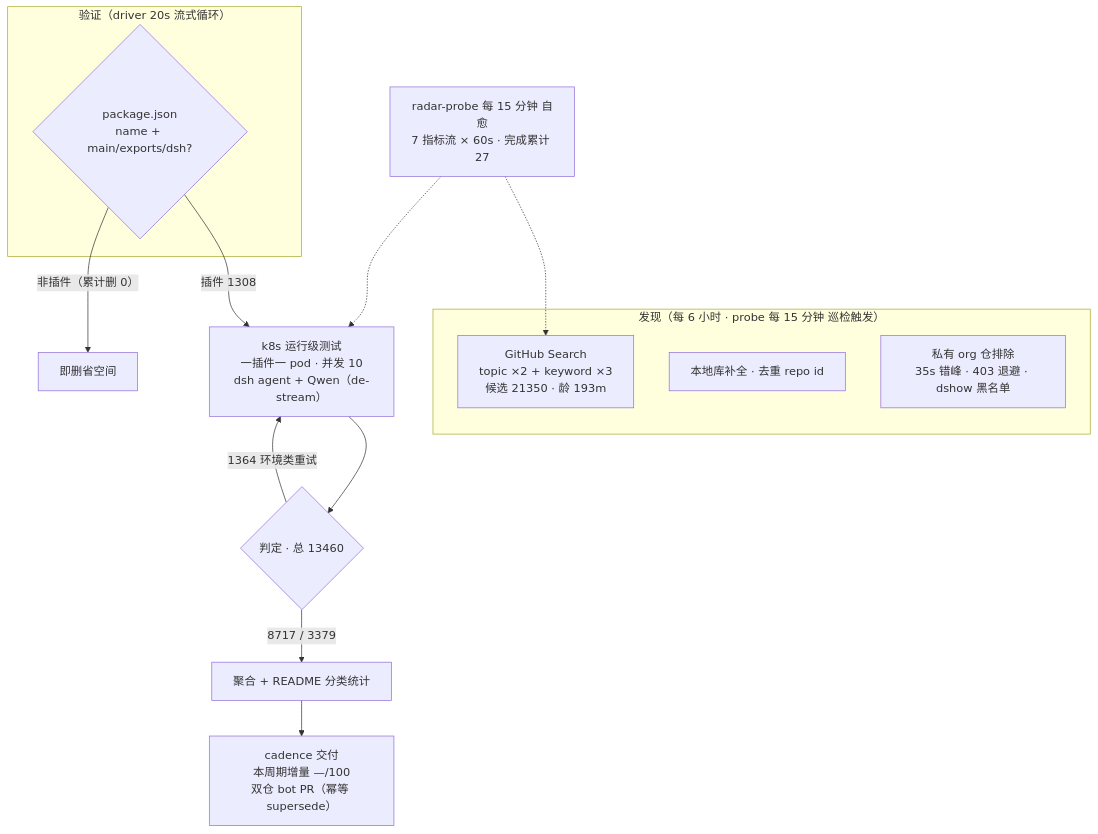
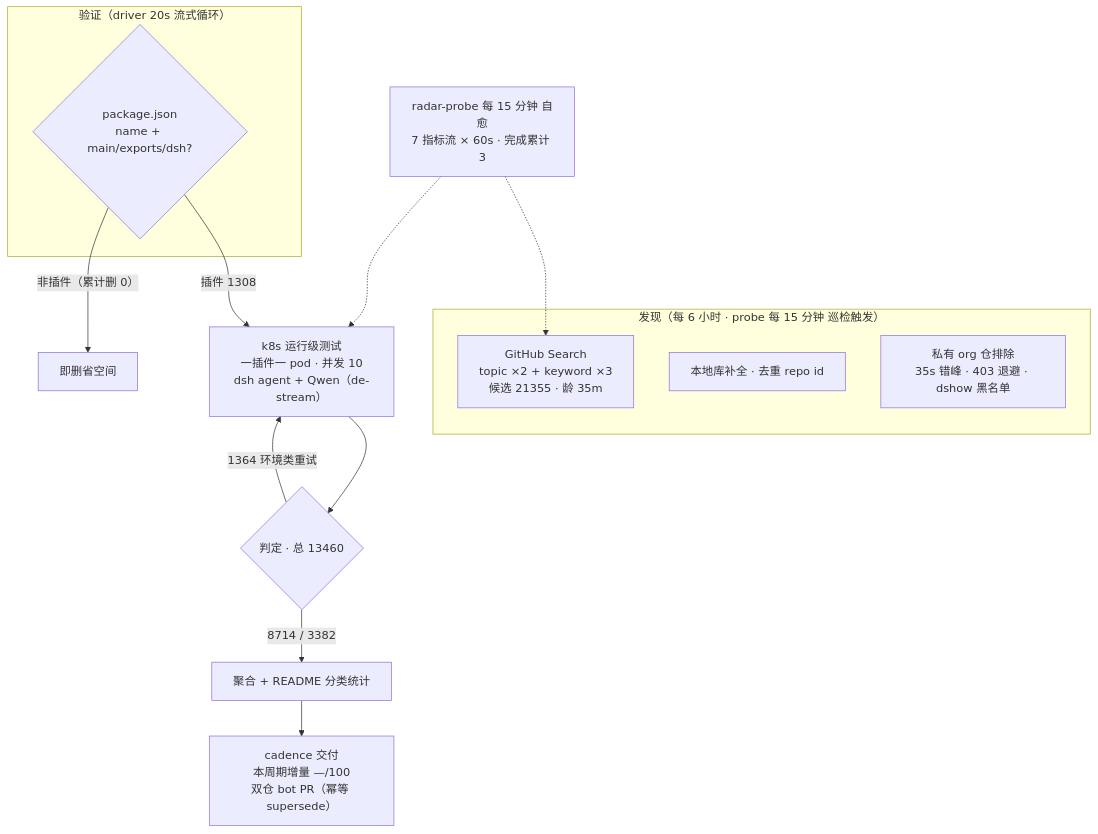
The diagram in README.md (1420079678-ctrl/dsh-plugin-radar), drawn with Mermaid before and after one commit. The commit also changed other lines of this file and 14 other files, not shown here.

````diff
--- a/README.md
+++ b/README.md
@@ -52,20 +52,20 @@
 ```mermaid
 flowchart TB
     subgraph Discovery["发现（每 6 小时 · probe 每 15 分钟 巡检触发）"]
-        A1["GitHub Search<br/>topic ×2 + keyword ×3<br/>候选 21350 · 龄 193m"]
+        A1["GitHub Search<br/>topic ×2 + keyword ×3<br/>候选 21355 · 龄 35m"]
         A2["本地库补全 · 去重 repo id"]
         A3["私有 org 仓排除<br/>35s 错峰 · 403 退避 · dshow 黑名单"]
     end
     subgraph Validation["验证（driver 20s 流式循环）"]
         B1{"package.json<br/>name + main/exports/dsh?"}
     end
     B1 -->|"插件 1308"| C1["k8s 运行级测试<br/>一插件一 pod · 并发 10<br/>dsh agent + Qwen（de-stream）"]
     B1 -->|"非插件（累计删 0）"| B3["即删省空间"]
     C1 --> D1{"判定 · 总 13460"}
-    D1 -->|"8717 / 3379"| E1["聚合 + README 分类统计"]
+    D1 -->|"8714 / 3382"| E1["聚合 + README 分类统计"]
     D1 -->|"1364 环境类重试"| C1
     E1 --> E2["cadence 交付<br/>本周期增量 —/100<br/>双仓 bot PR（幂等 supersede）"]
-    M["radar-probe 每 15 分钟 自愈<br/>7 指标流 × 60s · 完成累计 27"]
+    M["radar-probe 每 15 分钟 自愈<br/>7 指标流 × 60s · 完成累计 3"]
     M -.-> A1
     M -.-> C1
 ```
````
